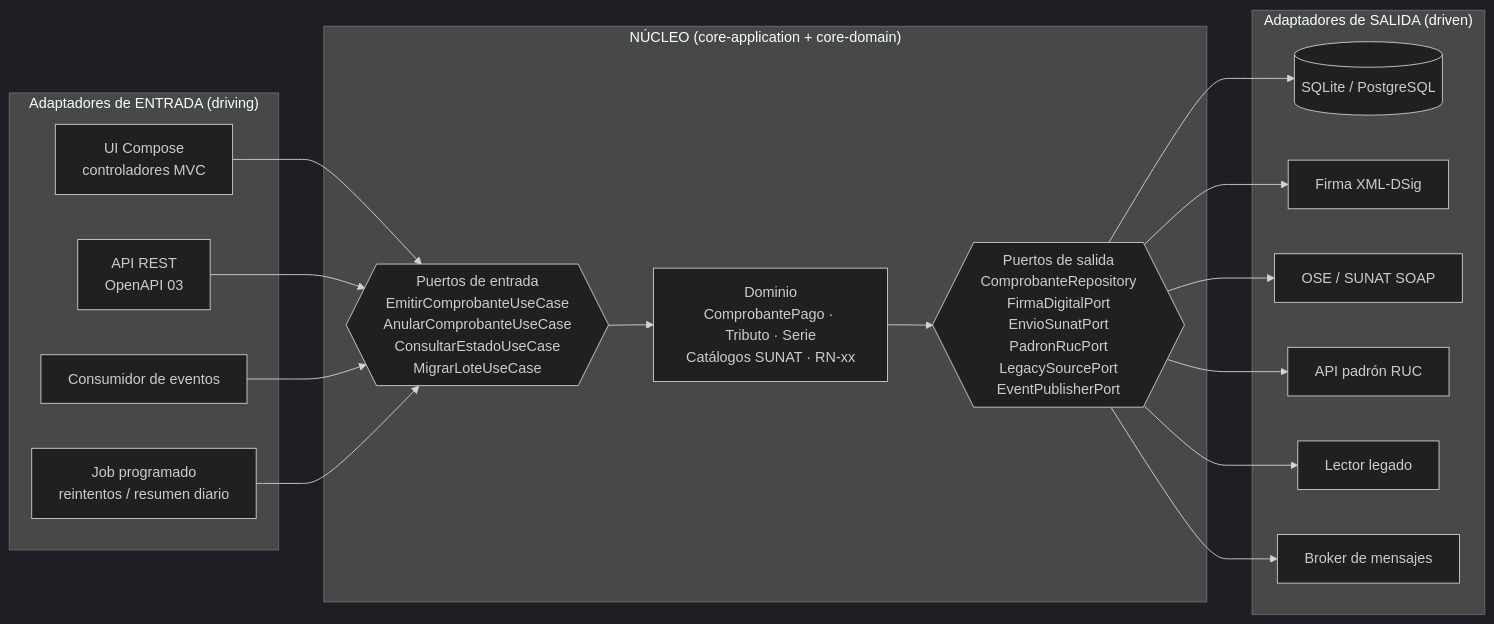
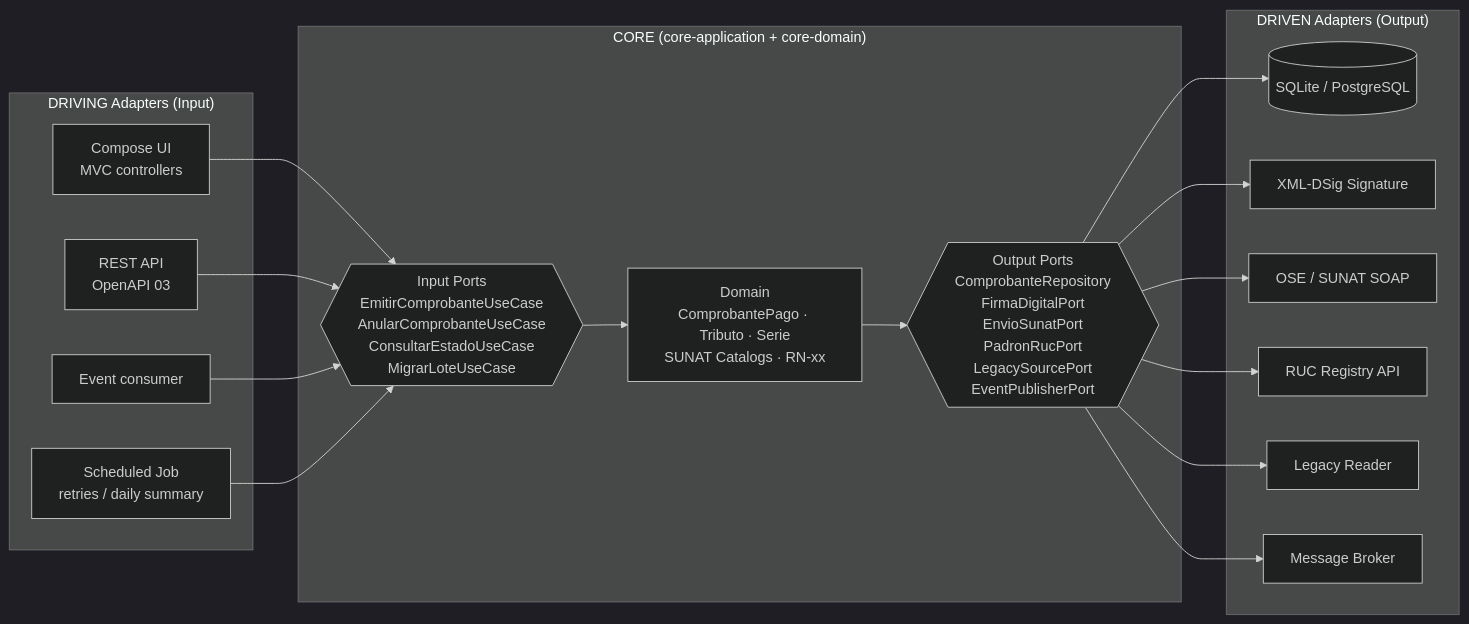
The fourth of 7 diagrams in docs/02_ARQUITECTURA.md (Zahir1332007/MD-Arquitectura), drawn with Mermaid (dark theme) before and after one commit. The commit also changed other lines of this file and 16 other files, not shown here.

````diff
--- a/docs/02_ARQUITECTURA.md
+++ b/docs/02_ARQUITECTURA.md
@@ -117,25 +116,25 @@
 ```mermaid
 flowchart LR
-    subgraph IN["Adaptadores de ENTRADA (driving)"]
-        A1[UI Compose<br/>controladores MVC]
-        A2[API REST<br/>OpenAPI 03]
-        A3[Consumidor de eventos]
-        A4[Job programado<br/>reintentos / resumen diario]
+    subgraph IN["DRIVING Adapters (Input)"]
+        A1[Compose UI<br/>MVC controllers]
+        A2[REST API<br/>OpenAPI 03]
+        A3[Event consumer]
+        A4[Scheduled Job<br/>retries / daily summary]
     end
-    subgraph HEX["NÚCLEO (core-application + core-domain)"]
-        P1{{"Puertos de entrada<br/>EmitirComprobanteUseCase<br/>AnularComprobanteUseCase<br/>ConsultarEstadoUseCase<br/>MigrarLoteUseCase"}}
-        DOM["Dominio<br/>ComprobantePago · Tributo · Serie<br/>Catálogos SUNAT · RN-xx"]
-        P2{{"Puertos de salida<br/>ComprobanteRepository<br/>FirmaDigitalPort<br/>EnvioSunatPort<br/>PadronRucPort<br/>LegacySourcePort<br/>EventPublisherPort"}}
+    subgraph HEX["CORE (core-application + core-domain)"]
+        P1{{"Input Ports<br/>EmitirComprobanteUseCase<br/>AnularComprobanteUseCase<br/>ConsultarEstadoUseCase<br/>MigrarLoteUseCase"}}
+        DOM["Domain<br/>ComprobantePago · Tributo · Serie<br/>SUNAT Catalogs · RN-xx"]
+        P2{{"Output Ports<br/>ComprobanteRepository<br/>FirmaDigitalPort<br/>EnvioSunatPort<br/>PadronRucPort<br/>LegacySourcePort<br/>EventPublisherPort"}}
         P1 --> DOM --> P2
     end
-    subgraph OUT["Adaptadores de SALIDA (driven)"]
+    subgraph OUT["DRIVEN Adapters (Output)"]
         B1[(SQLite / PostgreSQL)]
-        B2[Firma XML-DSig]
+        B2[XML-DSig Signature]
         B3[OSE / SUNAT SOAP]
-        B4[API padrón RUC]
-        B5[Lector legado]
-        B6[Broker de mensajes]
+        B4[RUC Registry API]
+        B5[Legacy Reader]
+        B6[Message Broker]
     end
     A1 & A2 & A3 & A4 --> P1
     P2 --> B1 & B2 & B3 & B4 & B5 & B6
 ```
````
